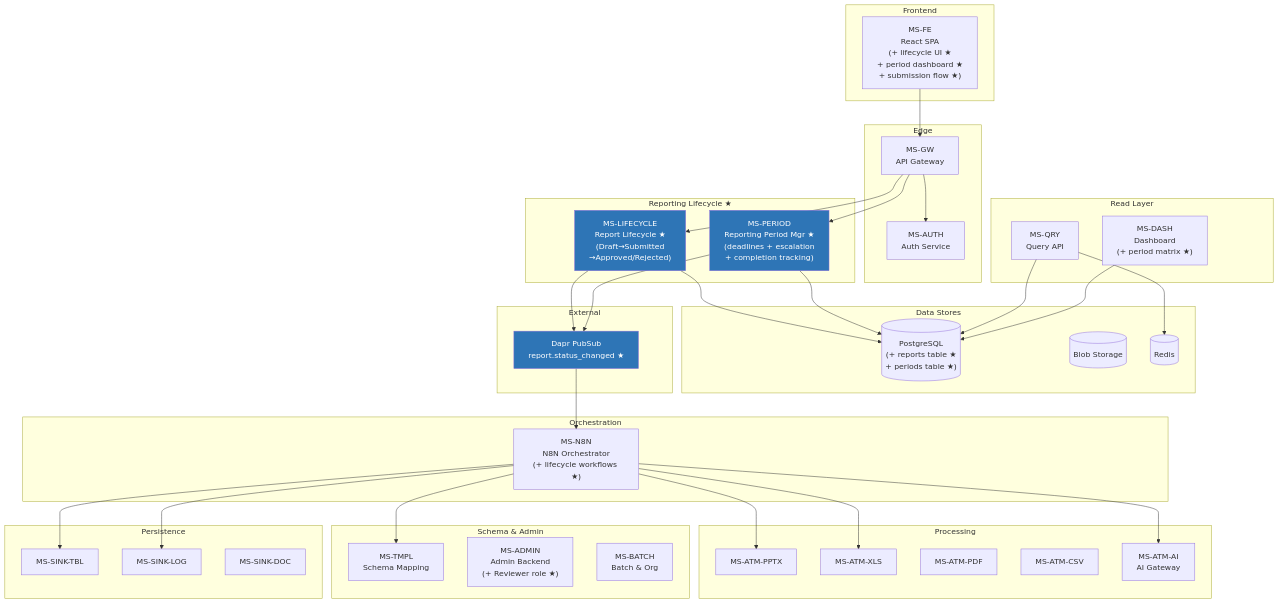
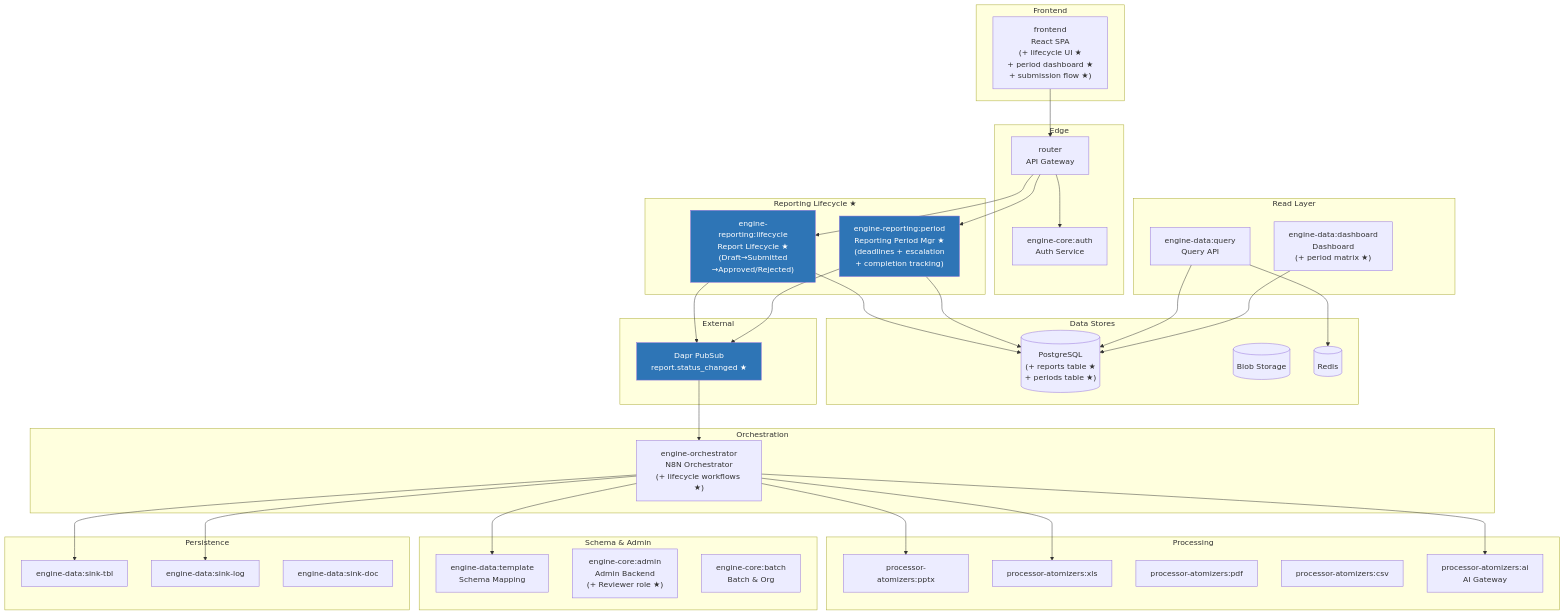
The fourth of 10 diagrams in docs/documents/architecture_diagrams.md (JanBartyzal/ReportAutomatization), drawn with Mermaid before and after one commit. The commit also changed other lines of this file and 149 other files, not shown here.

````diff
--- a/docs/documents/architecture_diagrams.md
+++ b/docs/documents/architecture_diagrams.md
@@ -266,78 +266,78 @@
 ```mermaid
 graph TB
     subgraph "Edge"
-        GW["MS-GW\nAPI Gateway"]
-        AUTH["MS-AUTH\nAuth Service"]
+        GW["router\nAPI Gateway"]
+        AUTH["engine-core:auth\nAuth Service"]
     end
 
     subgraph "Reporting Lifecycle ★"
-        LIFE["MS-LIFECYCLE\nReport Lifecycle ★\n(Draft→Submitted\n→Approved/Rejected)"]
-        PERIOD["MS-PERIOD\nReporting Period Mgr ★\n(deadlines + escalation\n+ completion tracking)"]
+        LIFE["engine-reporting:lifecycle\nReport Lifecycle ★\n(Draft→Submitted\n→Approved/Rejected)"]
+        PERIOD["engine-reporting:period\nReporting Period Mgr ★\n(deadlines + escalation\n+ completion tracking)"]
     end
 
     subgraph "Orchestration"
-        N8N["MS-N8N\nN8N Orchestrator\n(+ lifecycle workflows ★)"]
+        N8N["engine-orchestrator\nN8N Orchestrator\n(+ lifecycle workflows ★)"]
     end
 
     subgraph "Processing"
-        PPTX["MS-ATM-PPTX"]
-        XLS["MS-ATM-XLS"]
-        PDF["MS-ATM-PDF"]
-        CSV["MS-ATM-CSV"]
-        AI["MS-ATM-AI\nAI Gateway"]
+        PPTX["processor-atomizers:pptx"]
+        XLS["processor-atomizers:xls"]
+        PDF["processor-atomizers:pdf"]
+        CSV["processor-atomizers:csv"]
+        AI["processor-atomizers:ai\nAI Gateway"]
     end
 
     subgraph "Schema & Admin"
-        TMPL["MS-TMPL\nSchema Mapping"]
-        ADMIN["MS-ADMIN\nAdmin Backend\n(+ Reviewer role ★)"]
-        BATCH["MS-BATCH\nBatch & Org"]
+        TMPL["engine-data:template\nSchema Mapping"]
+        ADMIN["engine-core:admin\nAdmin Backend\n(+ Reviewer role ★)"]
+        BATCH["engine-core:batch\nBatch & Org"]
     end
 
     subgraph "Persistence"
-        SINKTBL["MS-SINK-TBL"]
-        SINKLOG["MS-SINK-LOG"]
-        SINKDOC["MS-SINK-DOC"]
+        SINKTBL["engine-data:sink-tbl"]
+        SINKLOG["engine-data:sink-log"]
+        SINKDOC["engine-data:sink-doc"]
     end
 
     subgraph "Read Layer"
-        QRY["MS-QRY\nQuery API"]
-        DASH["MS-DASH\nDashboard\n(+ period matrix ★)"]
+        QRY["engine-data:query\nQuery API"]
+        DASH["engine-data:dashboard\nDashboard\n(+ period matrix ★)"]
     end
 
     subgraph "Data Stores"
         PG[("PostgreSQL\n(+ reports table ★\n+ periods table ★)")]
         BLOB[("Blob Storage")]
         REDIS[("Redis")]
     end
 
     subgraph "Frontend"
-        FE["MS-FE\nReact SPA\n(+ lifecycle UI ★\n+ period dashboard ★\n+ submission flow ★)"]
+        FE["frontend\nReact SPA\n(+ lifecycle UI ★\n+ period dashboard ★\n+ submission flow ★)"]
     end
 
     subgraph "External"
         PUBSUB["Dapr PubSub\nreport.status_changed ★"]
     end
 
     FE --> GW
     GW --> AUTH
     GW --> LIFE
     GW --> PERIOD
     LIFE --> PG
     LIFE --> PUBSUB
     PERIOD --> PG
     PERIOD --> PUBSUB
     PUBSUB --> N8N
     N8N --> PPTX
     N8N --> XLS
     N8N --> AI
     N8N --> TMPL
     N8N --> SINKTBL
     N8N --> SINKLOG
     QRY --> PG
     QRY --> REDIS
     DASH --> PG
 
     style LIFE fill:#2E75B6,color:#fff
     style PERIOD fill:#2E75B6,color:#fff
     style PUBSUB fill:#2E75B6,color:#fff
 ```
````
